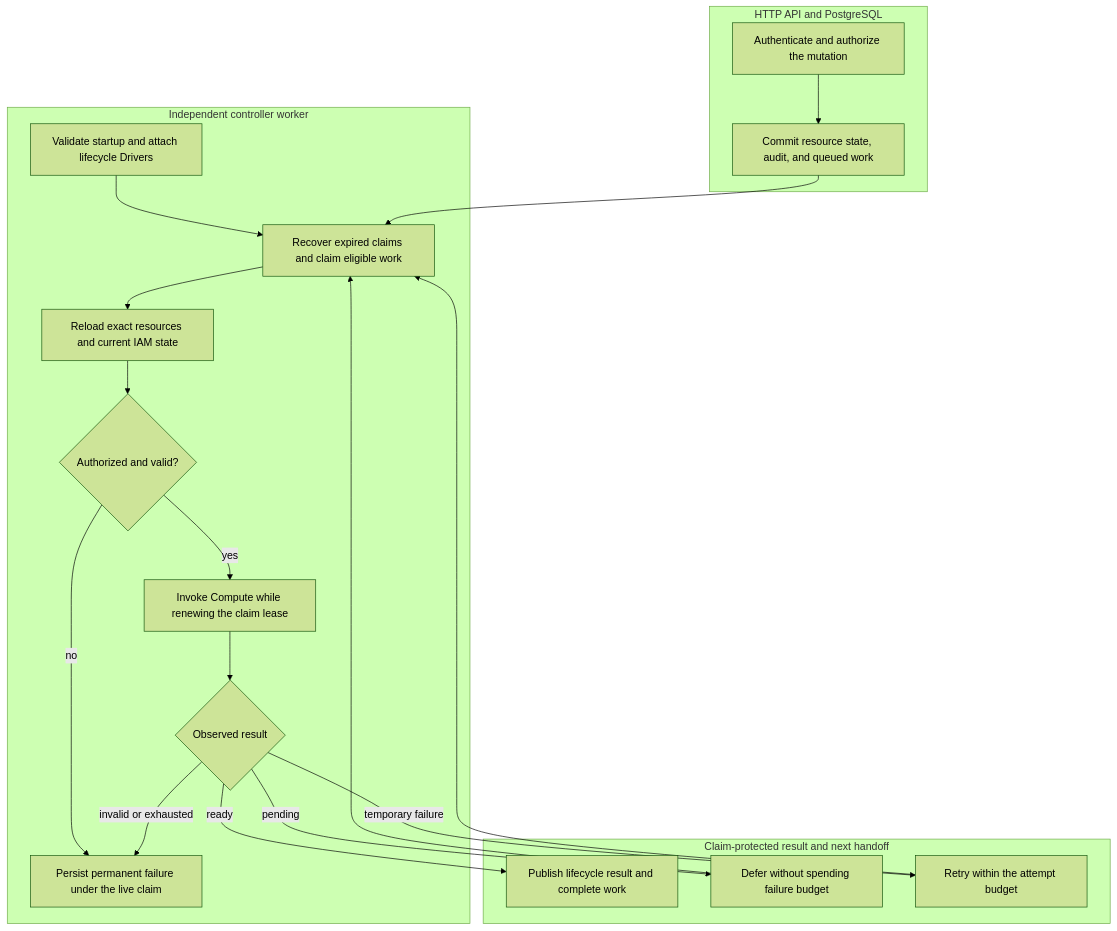
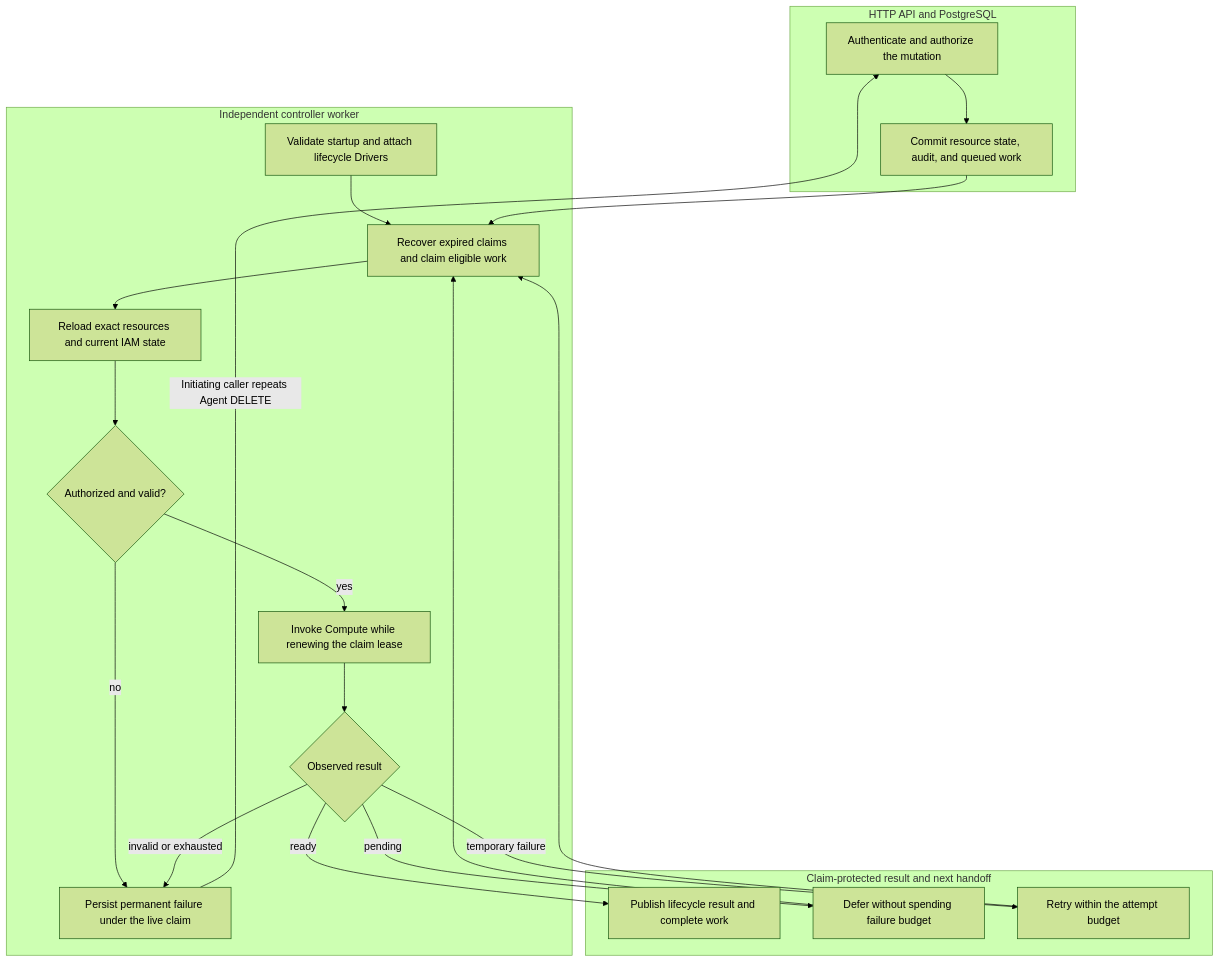
Before and after one commit to openclaw/openclaw-enterprise: the diagram in docs/flows/controller-worker.md, drawn with Mermaid (forest theme). The commit also changed other lines of this file and 12 other files, not shown here.

Commit message:
fix(occ): retry exhausted Agent deletion through DELETE

````diff
--- a/docs/flows/controller-worker.md
+++ b/docs/flows/controller-worker.md
@@ -31,23 +31,24 @@
 ```mermaid
 graph TD
     subgraph Admission["HTTP API and PostgreSQL"]
         A["Authenticate and authorize the mutation"] --> B["Commit resource state, audit, and queued work"]
     end
     subgraph Worker["Independent controller worker"]
         C["Validate startup and attach lifecycle Drivers"] --> D["Recover expired claims and claim eligible work"]
         B --> D
         D --> E["Reload exact resources and current IAM state"]
         E --> F{"Authorized and valid?"}
         F -->|yes| G["Invoke Compute while renewing the claim lease"]
         F -->|no| H["Persist permanent failure under the live claim"]
         G --> I{"Observed result"}
     end
     subgraph Outcome["Claim-protected result and next handoff"]
         I -->|ready| J["Publish lifecycle result and complete work"]
         I -->|pending| K["Defer without spending failure budget"]
         I -->|temporary failure| L["Retry within the attempt budget"]
         I -->|invalid or exhausted| H
         K --> D
         L --> D
+        H -->|"Initiating caller repeats Agent DELETE"| A
     end
 ```
````
